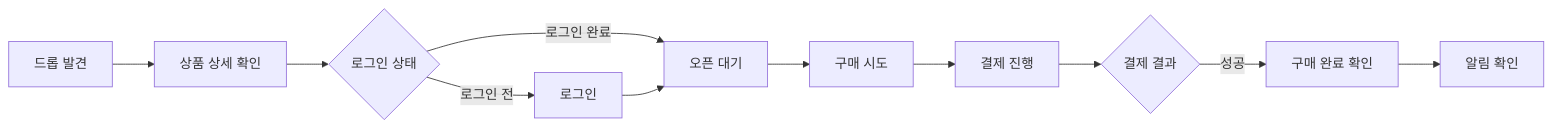
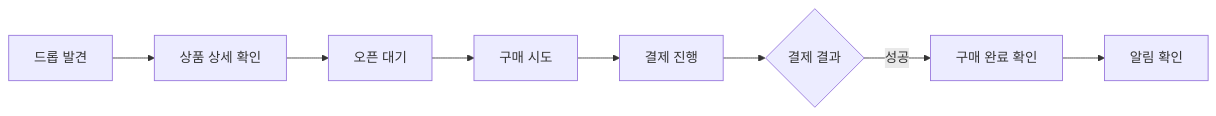
Before and after one commit to Medikong/archive: the second of 10 diagrams in medikong/12-user-flows.md, drawn with Mermaid. The commit also changed other lines of this file, not shown here.

Commit message:
docs: separate auth from purchase flows

````diff
--- a/medikong/12-user-flows.md
+++ b/medikong/12-user-flows.md
@@ -37,13 +37,10 @@
 ```mermaid
 flowchart LR
     A["드롭 발견"] --> B["상품 상세 확인"]
-    B --> C{"로그인 상태"}
-    C -->|로그인 전| D["로그인"]
-    C -->|로그인 완료| E["오픈 대기"]
-    D --> E
-    E --> F["구매 시도"]
-    F --> G["결제 진행"]
-    G --> H{"결제 결과"}
-    H -->|성공| I["구매 완료 확인"]
-    I --> J["알림 확인"]
+    B --> C["오픈 대기"]
+    C --> D["구매 시도"]
+    D --> E["결제 진행"]
+    E --> F{"결제 결과"}
+    F -->|성공| G["구매 완료 확인"]
+    G --> H["알림 확인"]
 ```
````
